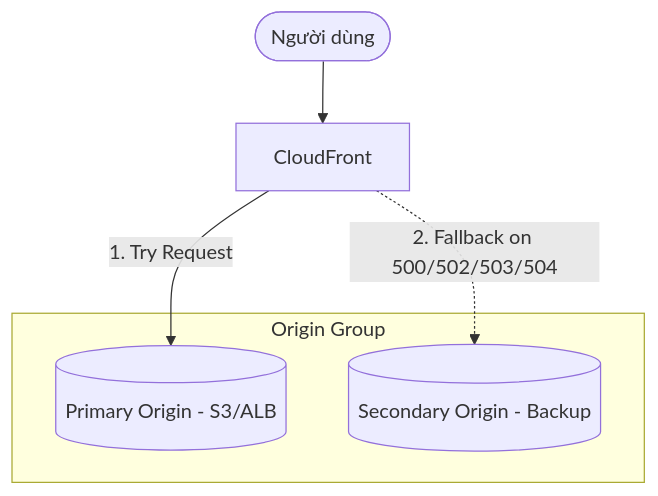
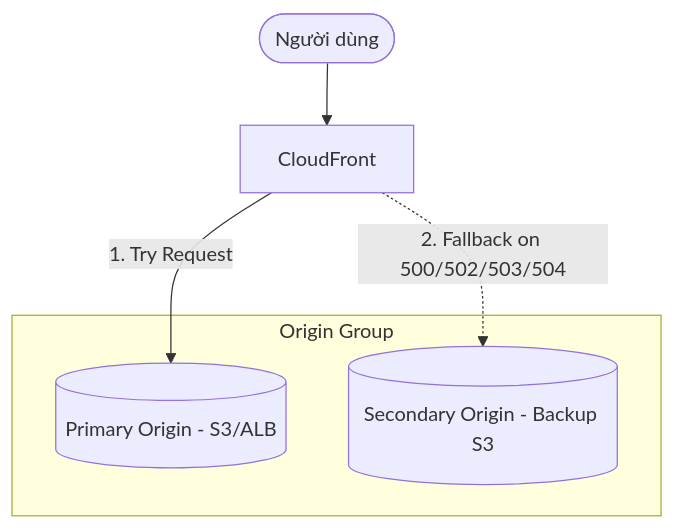
The fourth of 4 diagrams in cloud/aws/services/10. CloudFront/5. CloudFront Architecture Patterns.md (L1nkinPark/devops-ci-cd-templates), drawn with Mermaid before and after one commit. The commit also changed other lines of this file and 2 other files, not shown here.

Commit message:
docs(aws): align CloudFront Use Cases and Architecture Patterns with user specifications

````diff
--- a/cloud/aws/services/10. CloudFront/5. CloudFront Architecture Patterns.md
+++ b/cloud/aws/services/10. CloudFront/5. CloudFront Architecture Patterns.md
@@ -63,10 +112,10 @@
 ```mermaid
 graph TD
     User([Người dùng]) --> CF[CloudFront]
     subgraph Origin Group
         Primary[(Primary Origin - S3/ALB)]
-        Secondary[(Secondary Origin - Backup)]
+        Secondary[(Secondary Origin - Backup S3)]
     end
     CF -->|1. Try Request| Primary
     CF -.->|2. Fallback on 500/502/503/504| Secondary
 ```
````
